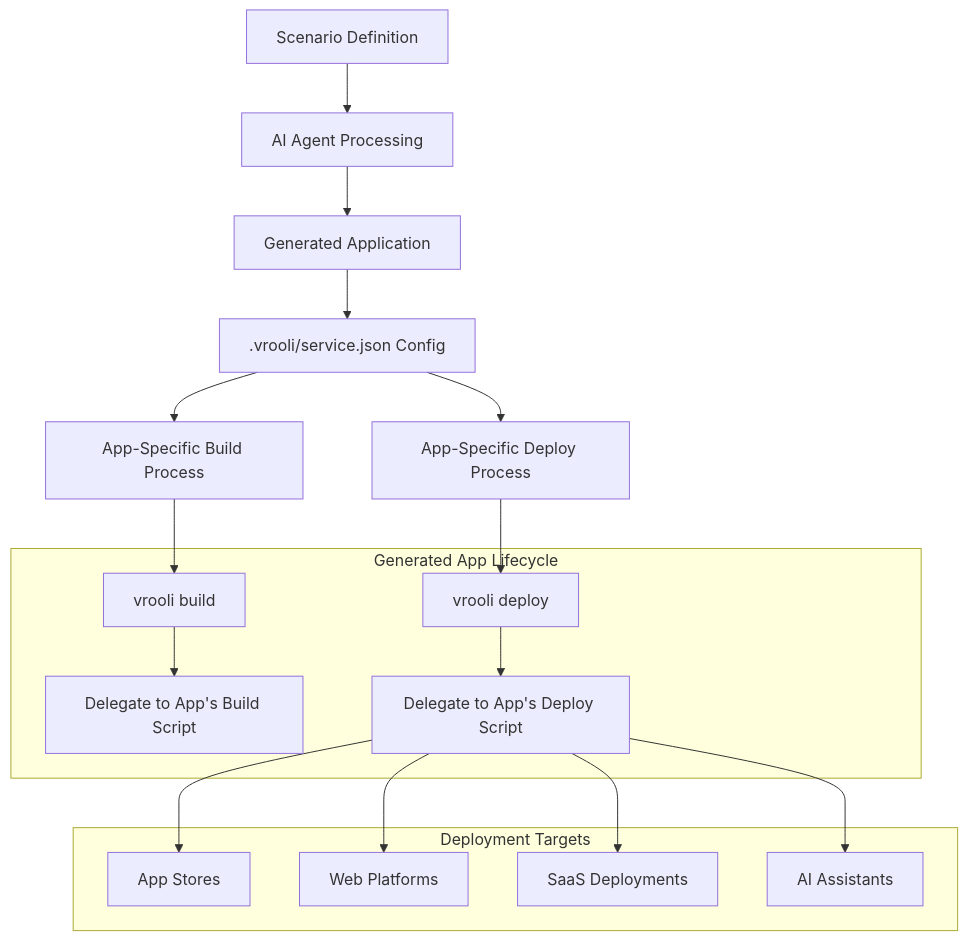
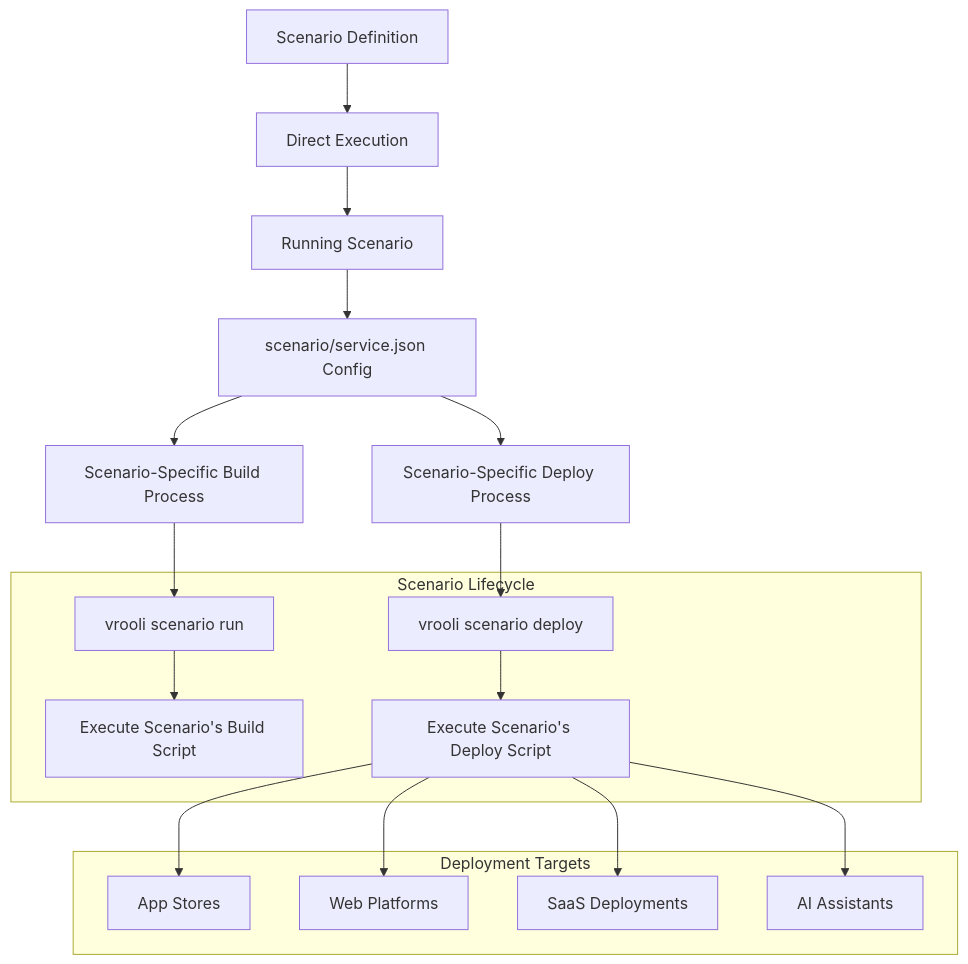
Before and after one commit to Vrooli/Vrooli: the first of 3 diagrams in docs/devops/build-system.md, drawn with Mermaid. The commit also changed other lines of this file and 51 other files, not shown here.

````diff
--- a/docs/devops/build-system.md
+++ b/docs/devops/build-system.md
@@ -13,28 +13,28 @@
 ```mermaid
 flowchart TD
-    A[Scenario Definition] --> B[AI Agent Processing]
-    B --> C[Generated Application]
-    C --> D[.vrooli/service.json Config]
-    D --> E[App-Specific Build Process]
-    D --> F[App-Specific Deploy Process]
+    A[Scenario Definition] --> B[Direct Execution]
+    B --> C[Running Scenario]
+    C --> D[scenario/service.json Config]
+    D --> E[Scenario-Specific Build Process]
+    D --> F[Scenario-Specific Deploy Process]
     
-    subgraph "Generated App Lifecycle"
-        G[vrooli build] --> H[Delegate to App's Build Script]
-        I[vrooli deploy] --> J[Delegate to App's Deploy Script]
+    subgraph "Scenario Lifecycle"
+        G[vrooli scenario run] --> H[Execute Scenario's Build Script]
+        I[vrooli scenario deploy] --> J[Execute Scenario's Deploy Script]
     end
     
     E --> G
     F --> I
     
     subgraph "Deployment Targets"
         K[App Stores]
         L[Web Platforms]
         M[SaaS Deployments]
         N[AI Assistants]
     end
     
     J --> K
     J --> L
     J --> M
     J --> N
 ```
````
